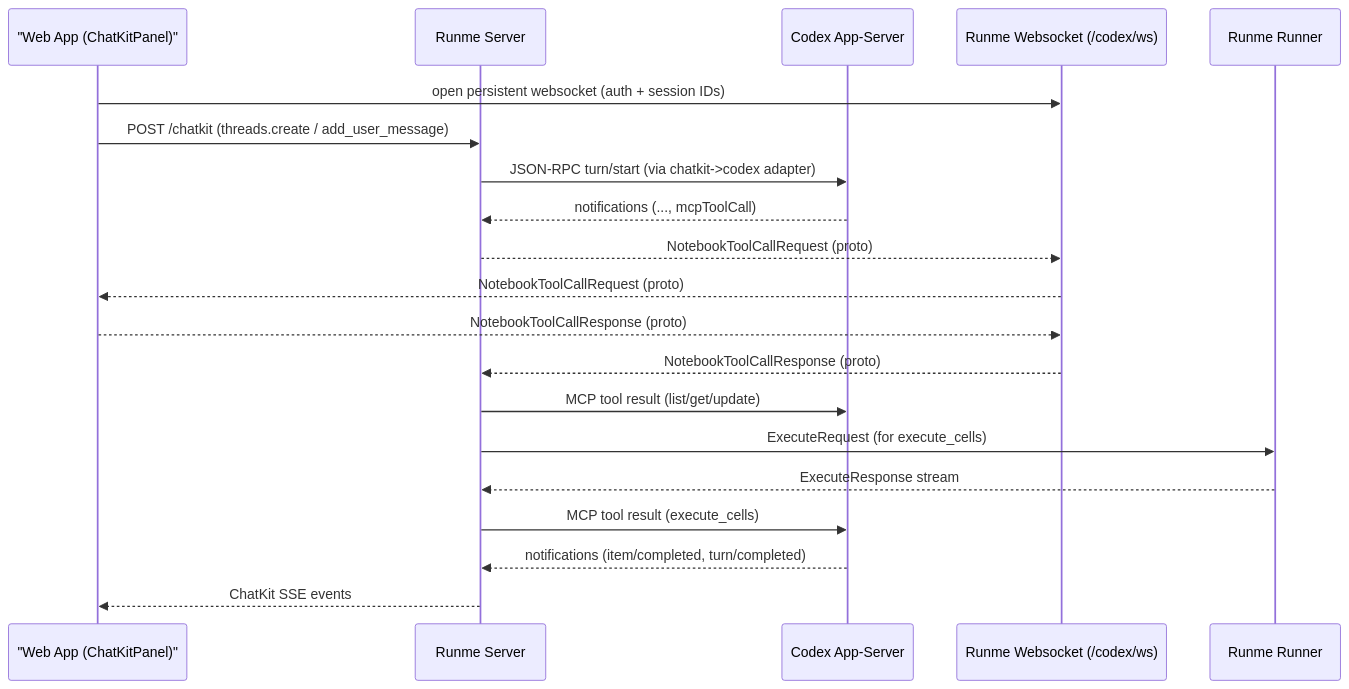
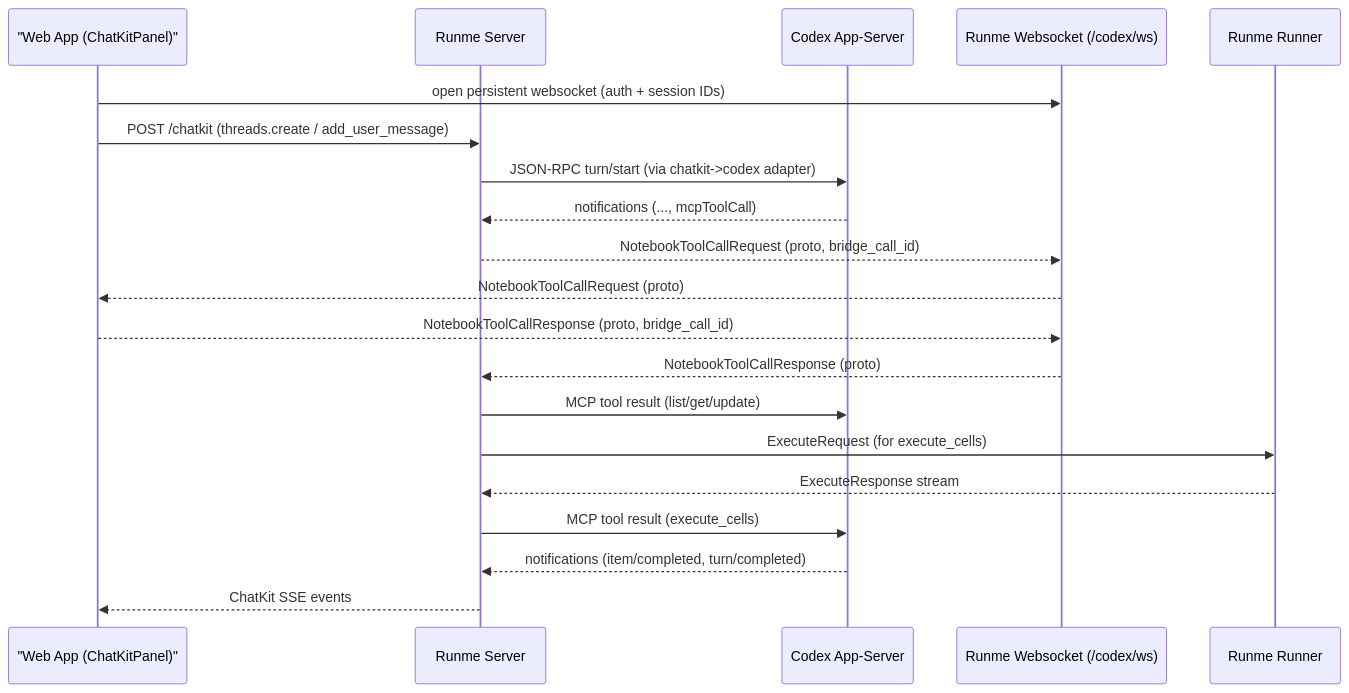
One commit to runmedev/web changed the diagram in docs-dev/design/codexapp.md. Above: the diagram before and after it, drawn with Mermaid. The commit also changed other lines of this file, not shown here.

Commit message:
docs: define codex ws singleton bridge contract

````diff
--- a/docs-dev/design/codexapp.md
+++ b/docs-dev/design/codexapp.md
@@ -126,26 +137,26 @@
 ```mermaid
 sequenceDiagram
   participant UI as "Web App (ChatKitPanel)"
   participant RS as Runme Server
   participant CA as Codex App-Server
   participant CWS as Runme Websocket (/codex/ws)
   participant RW as Runme Runner
 
   UI->>CWS: open persistent websocket (auth + session IDs)
   UI->>RS: POST /chatkit (threads.create / add_user_message)
   RS->>CA: JSON-RPC turn/start (via chatkit->codex adapter)
   CA-->>RS: notifications (..., mcpToolCall)
 
-  RS-->>CWS: NotebookToolCallRequest (proto)
+  RS-->>CWS: NotebookToolCallRequest (proto, bridge_call_id)
   CWS-->>UI: NotebookToolCallRequest (proto)
-  UI-->>CWS: NotebookToolCallResponse (proto)
+  UI-->>CWS: NotebookToolCallResponse (proto, bridge_call_id)
   CWS-->>RS: NotebookToolCallResponse (proto)
   RS->>CA: MCP tool result (list/get/update)
 
   RS->>RW: ExecuteRequest (for execute_cells)
   RW-->>RS: ExecuteResponse stream
   RS->>CA: MCP tool result (execute_cells)
 
   CA-->>RS: notifications (item/completed, turn/completed)
   RS-->>UI: ChatKit SSE events
 ```
````
